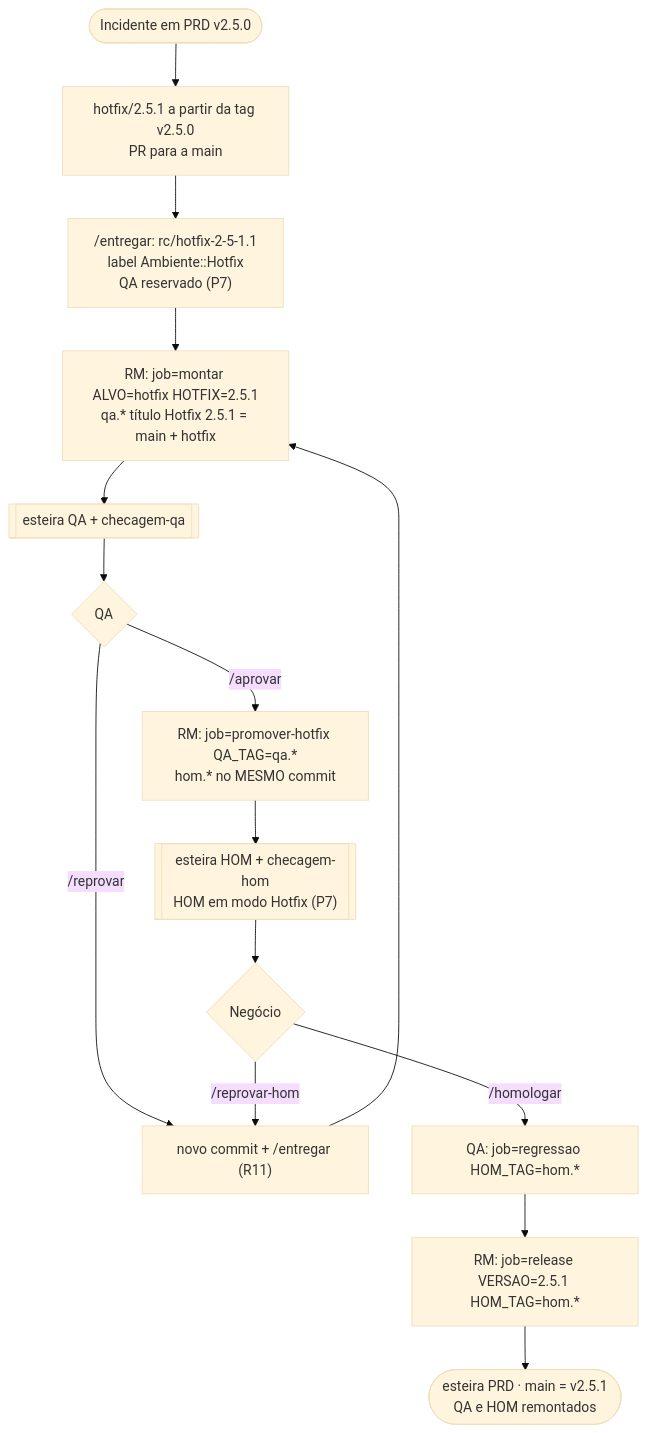
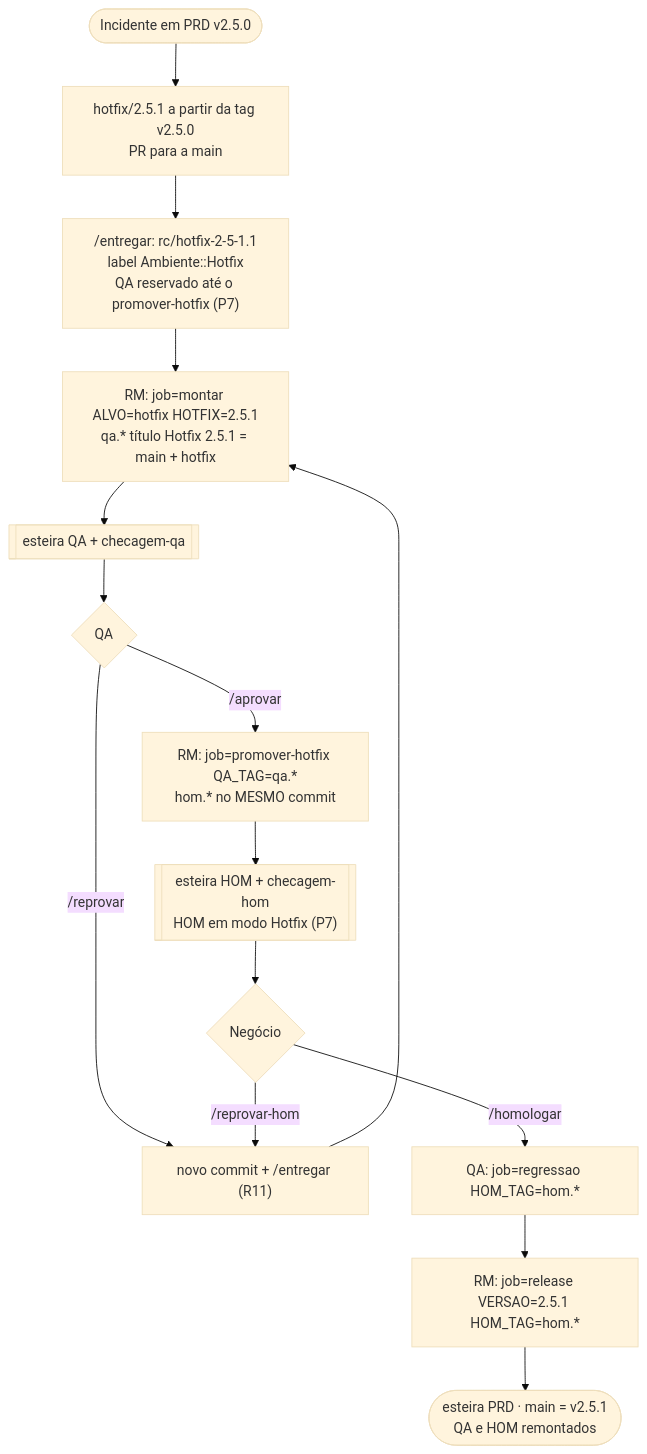
One commit to tudoemcodigo/gitflow-kit changed the sixth of 6 diagrams in docs/01-fluxo-completo.md. Above: the diagram before and after it, drawn with Mermaid (base theme). The commit also changed other lines of this file and 24 other files, not shown here.

````diff
--- a/docs/01-fluxo-completo.md
+++ b/docs/01-fluxo-completo.md
@@ -330,17 +330,17 @@
 ```mermaid
 flowchart TB
     A(["Incidente em PRD v2.5.0"]) --> B["hotfix/2.5.1 a partir da tag v2.5.0<br/>PR para a main"]
-    B --> C["/entregar: rc/hotfix-2-5-1.1<br/>label Ambiente::Hotfix<br/>QA reservado (P7)"]
+    B --> C["/entregar: rc/hotfix-2-5-1.1<br/>label Ambiente::Hotfix<br/>QA reservado até o promover-hotfix (P7)"]
     C --> D["RM: job=montar ALVO=hotfix HOTFIX=2.5.1<br/>qa.* título Hotfix 2.5.1 = main + hotfix"]
     D --> E[["esteira QA + checagem-qa"]]
     E --> F{"QA"}
     F -- "/reprovar" --> G["novo commit + /entregar (R11)"]
     G --> D
     F -- "/aprovar" --> H["RM: job=promover-hotfix QA_TAG=qa.*<br/>hom.* no MESMO commit"]
     H --> I[["esteira HOM + checagem-hom<br/>HOM em modo Hotfix (P7)"]]
     I --> J{"Negócio"}
     J -- "/reprovar-hom" --> G
     J -- "/homologar" --> K["QA: job=regressao HOM_TAG=hom.*"]
     K --> L["RM: job=release VERSAO=2.5.1 HOM_TAG=hom.*"]
     L --> M(["esteira PRD · main = v2.5.1<br/>QA e HOM remontados"])
 ```
````
